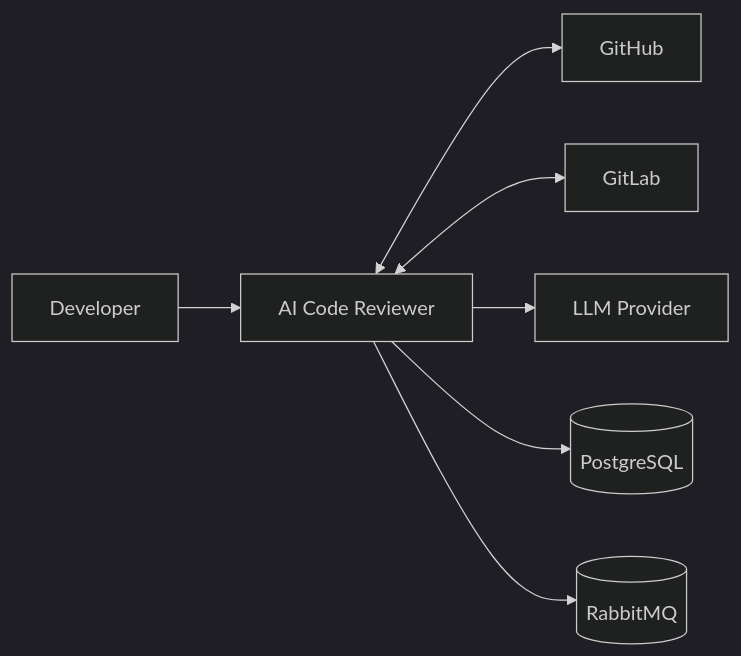
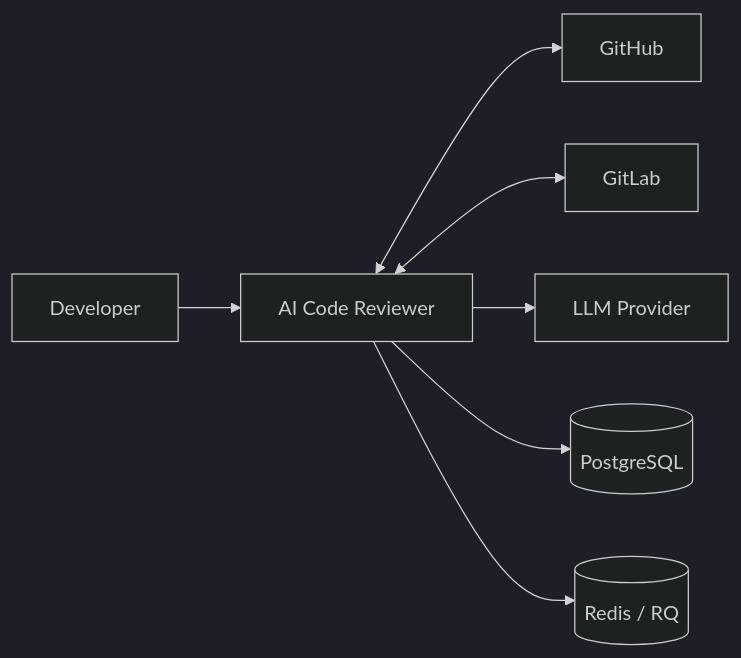
One commit to larchanka-training/dmc-268-api-t3 changed the second of 11 diagrams in SYSTEM_DESIGN.md. Above: the diagram before and after it, drawn with Mermaid (dark theme). The commit also changed other lines of this file and 2 other files, not shown here.

Commit message:
docs: switch v1 queue from RabbitMQ to Redis/RQ

````diff
--- a/SYSTEM_DESIGN.md
+++ b/SYSTEM_DESIGN.md
@@ -50,9 +50,9 @@
 ```mermaid
 flowchart LR
     U[Developer] --> S[AI Code Reviewer]
     S <--> GH[GitHub]
     S <--> GL[GitLab]
     S --> LLM[LLM Provider]
     S --> DB[(PostgreSQL)]
-    S --> MQ[(RabbitMQ)]
+    S --> MQ[(Redis / RQ)]
 ```
````
